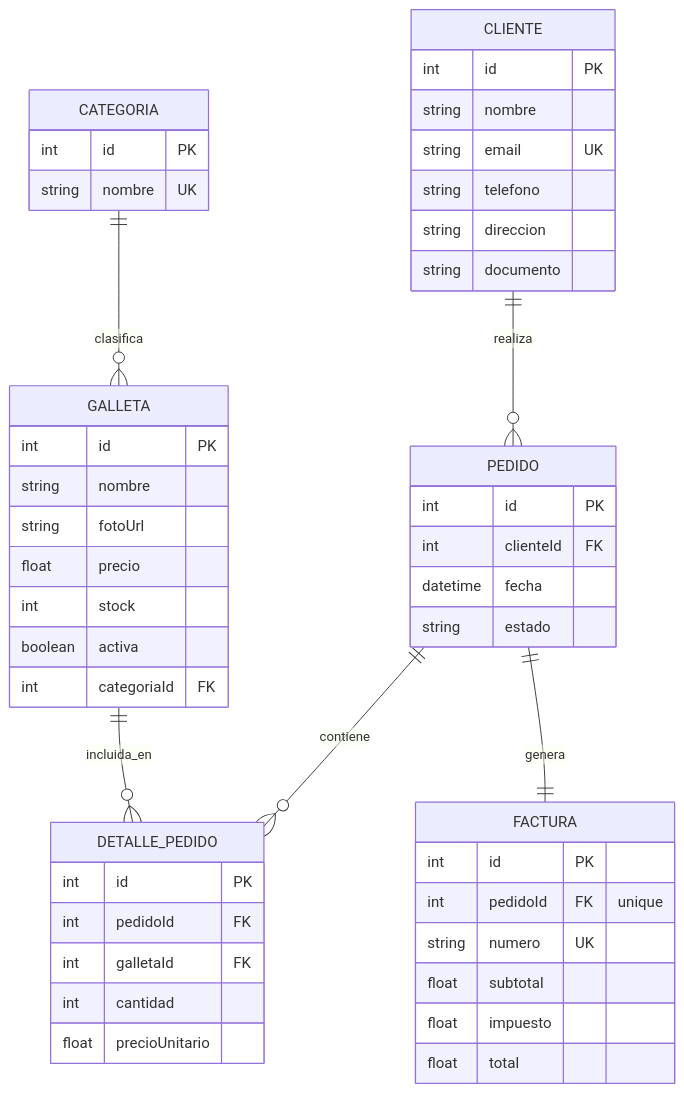
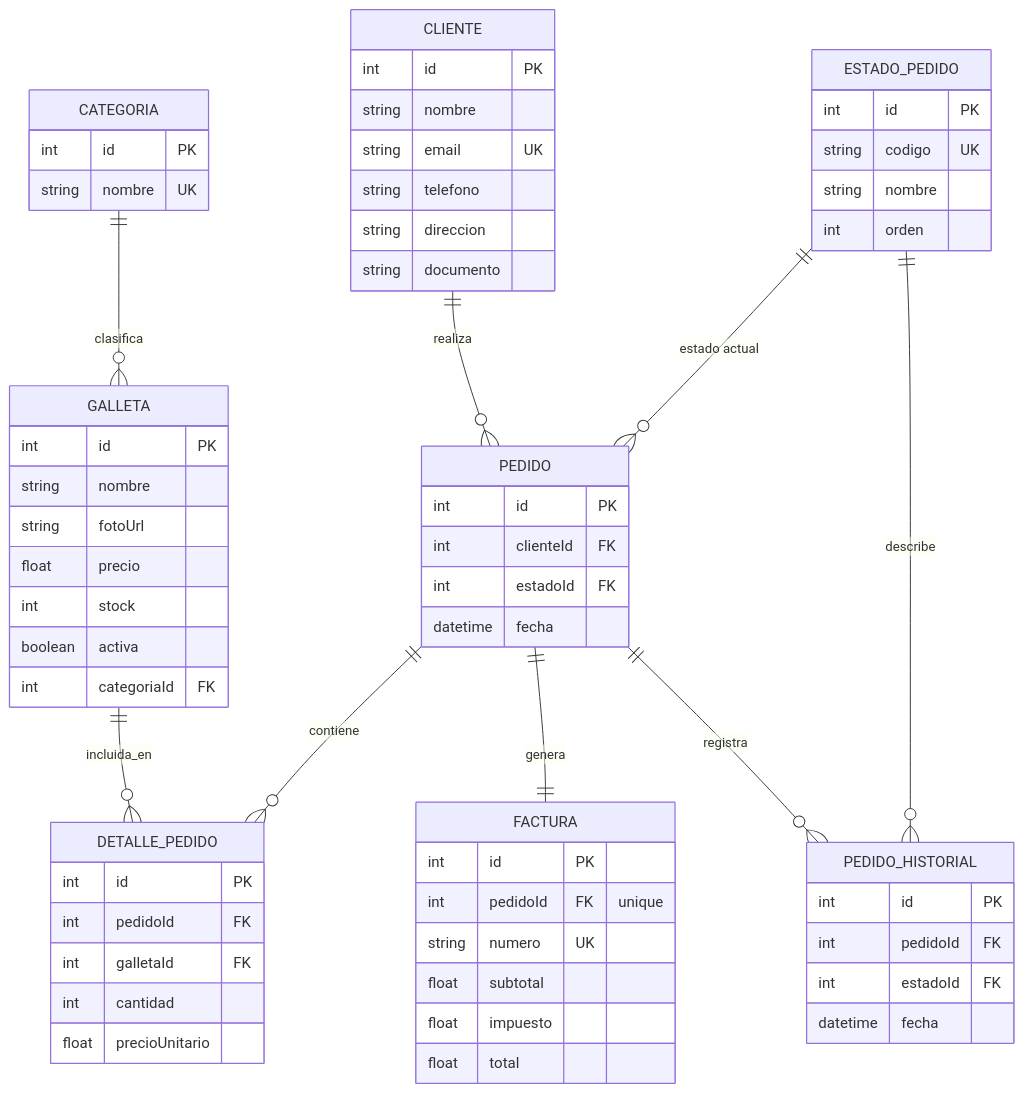
The first of 2 diagrams in README.md (dscanavall11/tienda-galletas), drawn with Mermaid before and after one commit. The commit also changed other lines of this file and 7 other files, not shown here.

````diff
--- a/README.md
+++ b/README.md
@@ -48,51 +67,66 @@
 ```mermaid
 erDiagram
     CATEGORIA ||--o{ GALLETA : clasifica
     GALLETA ||--o{ DETALLE_PEDIDO : incluida_en
     CLIENTE ||--o{ PEDIDO : realiza
+    ESTADO_PEDIDO ||--o{ PEDIDO : "estado actual"
     PEDIDO ||--o{ DETALLE_PEDIDO : contiene
     PEDIDO ||--|| FACTURA : genera
+    PEDIDO ||--o{ PEDIDO_HISTORIAL : registra
+    ESTADO_PEDIDO ||--o{ PEDIDO_HISTORIAL : describe
 
     CATEGORIA {
         int id PK
         string nombre UK
     }
     GALLETA {
         int id PK
         string nombre
         string fotoUrl
         float precio
         int stock
         boolean activa
         int categoriaId FK
     }
     CLIENTE {
         int id PK
         string nombre
         string email UK
         string telefono
         string direccion
         string documento
     }
+    ESTADO_PEDIDO {
+        int id PK
+        string codigo UK
+        string nombre
+        int orden
+    }
     PEDIDO {
         int id PK
         int clienteId FK
+        int estadoId FK
         datetime fecha
-        string estado
     }
     DETALLE_PEDIDO {
         int id PK
         int pedidoId FK
         int galletaId FK
         int cantidad
         float precioUnitario
     }
     FACTURA {
         int id PK
         int pedidoId FK "unique"
         string numero UK
         float subtotal
         float impuesto
         float total
     }
+    PEDIDO_HISTORIAL {
+        int id PK
+        int pedidoId FK
+        int estadoId FK
+        datetime fecha
+    }
 ```
````
